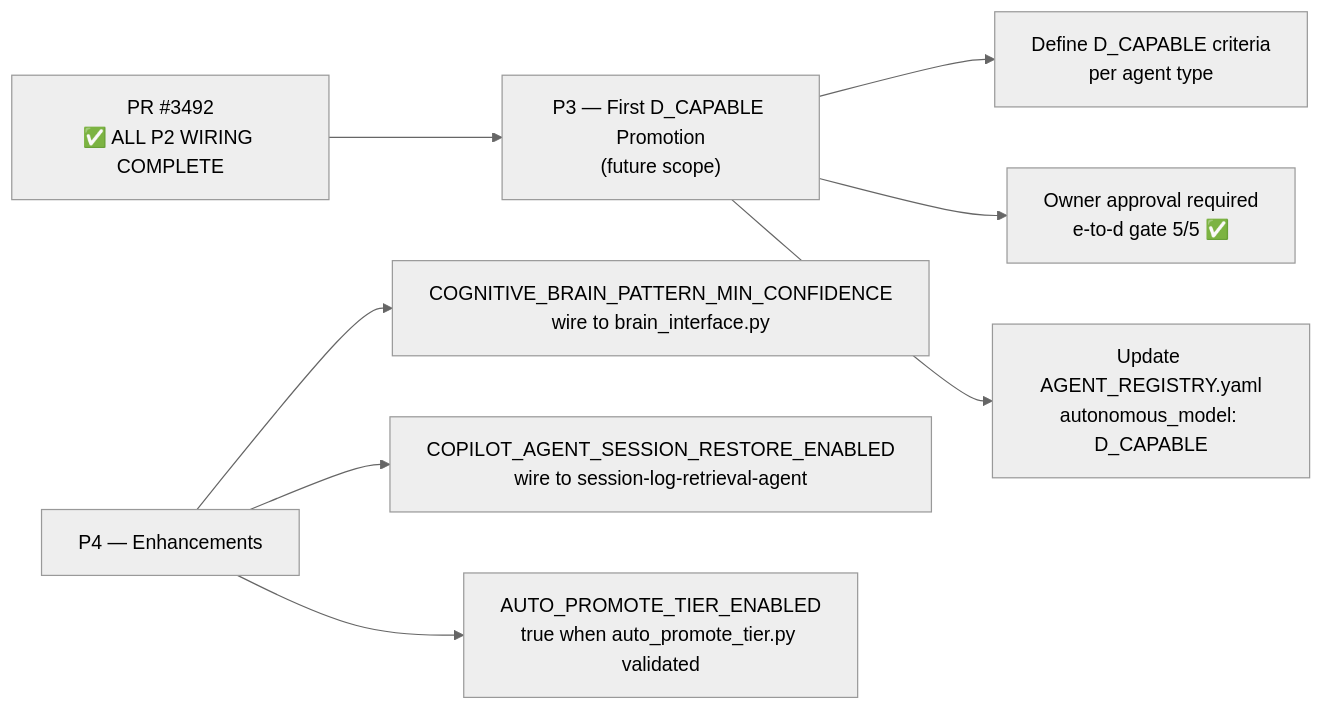
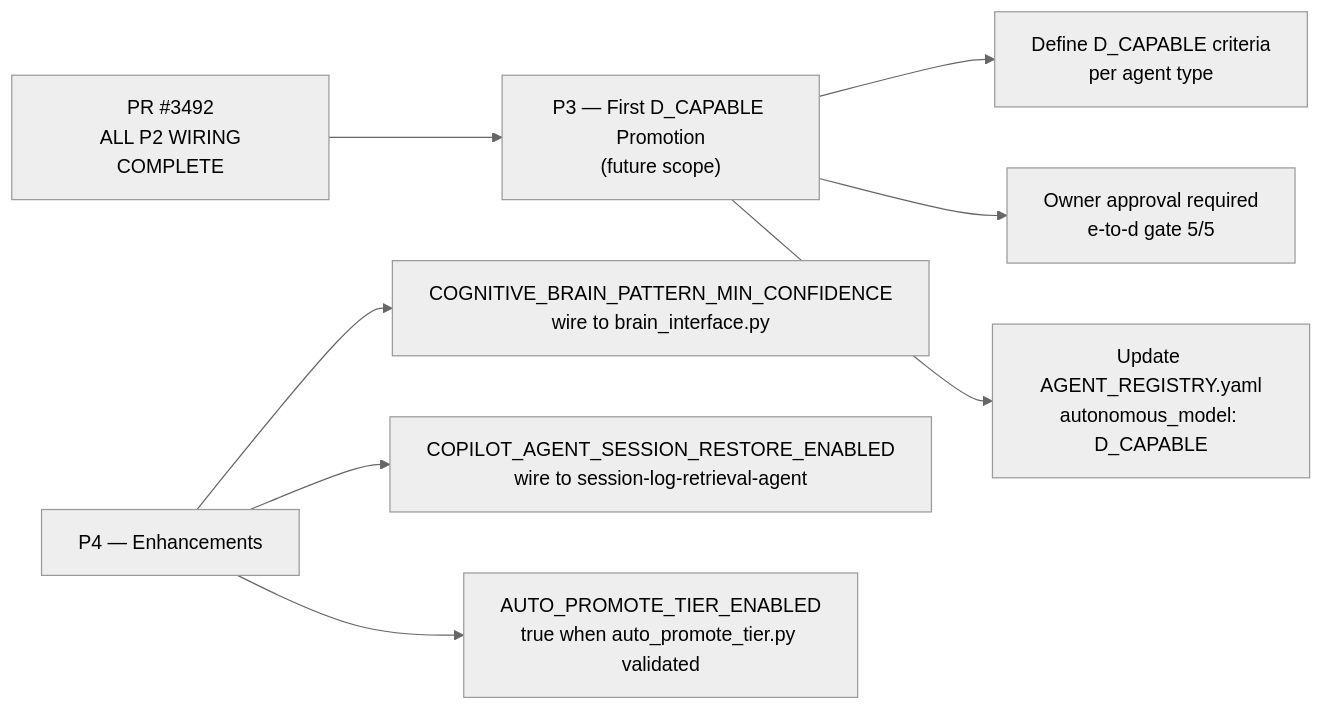
One commit to Aries-Serpent/_codex_ changed the second of 2 diagrams in docs/cognitive_brain/status/COGNITIVE_BRAIN_STATUS_PR3492.md. Above: the diagram before and after it, drawn with Mermaid (neutral theme). The commit also changed other lines of this file and 2029 other files, not shown here.

````diff
--- a/docs/cognitive_brain/status/COGNITIVE_BRAIN_STATUS_PR3492.md
+++ b/docs/cognitive_brain/status/COGNITIVE_BRAIN_STATUS_PR3492.md
@@ -95,15 +98,15 @@
 ```mermaid
-%%{init: {'accessibility': {'title': 'Flowchart showing "PR #3492\n✅ ALL P2 WIRING COMPLETE", "P3 — First D_CAPABLE Promotion\n(future scope)"'}}%%
+%%{init: {'accessibility': {'title': 'Flowchart showing "PR #3492\n ALL P2 WIRING COMPLETE", "P3 — First D_CAPABLE Promotion\n(future scope)"'}}%%
 flowchart LR
-    NOW["PR #3492\n✅ ALL P2 WIRING COMPLETE"] --> P3
+    NOW["PR #3492\n ALL P2 WIRING COMPLETE"] --> P3
 
     P3["P3 — First D_CAPABLE Promotion\n(future scope)"]
     P3 --> P3A["Define D_CAPABLE criteria\nper agent type"]
-    P3 --> P3B["Owner approval required\ne-to-d gate 5/5 ✅"]
+    P3 --> P3B["Owner approval required\ne-to-d gate 5/5 "]
     P3 --> P3C["Update AGENT_REGISTRY.yaml\nautonomous_model: D_CAPABLE"]
 
     P4["P4 — Enhancements"]
     P4 --> P4A["COGNITIVE_BRAIN_PATTERN_MIN_CONFIDENCE\nwire to brain_interface.py"]
     P4 --> P4B["COPILOT_AGENT_SESSION_RESTORE_ENABLED\nwire to session-log-retrieval-agent"]
     P4 --> P4C["AUTO_PROMOTE_TIER_ENABLED\ntrue when auto_promote_tier.py validated"]
 ```
````
